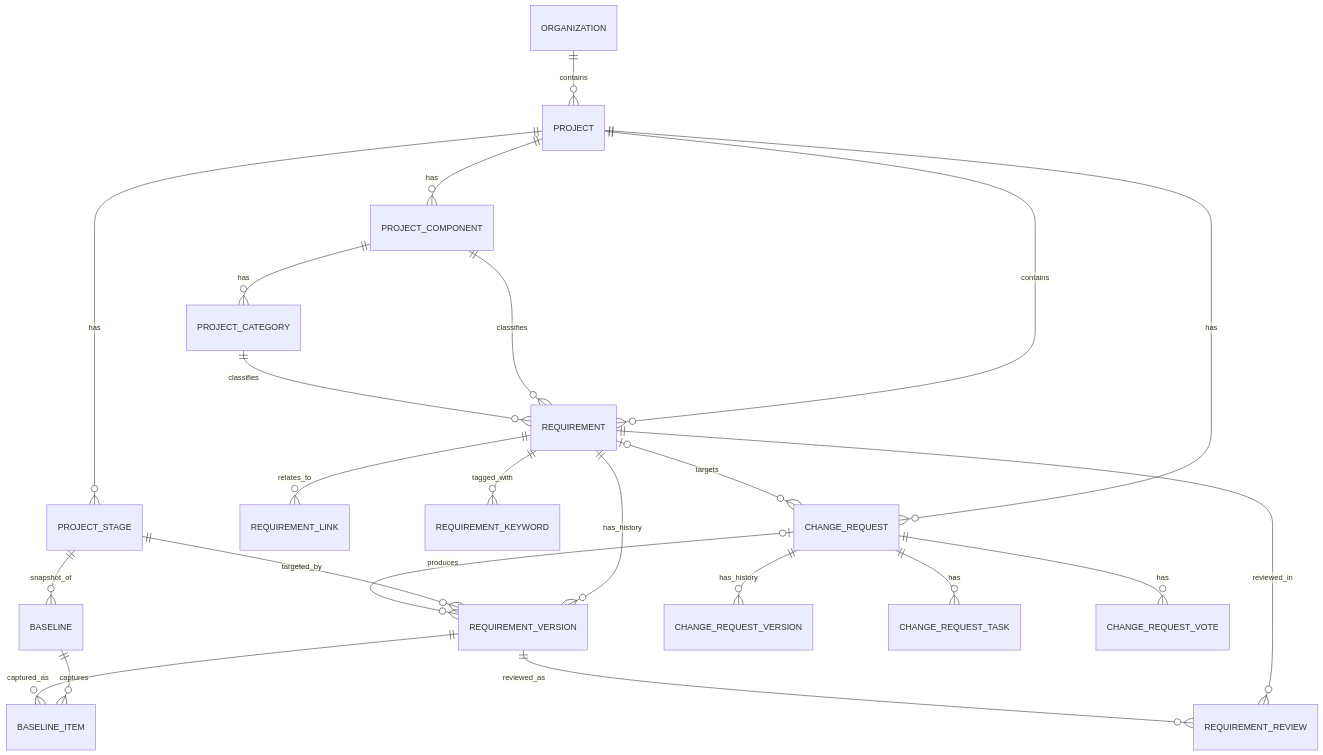
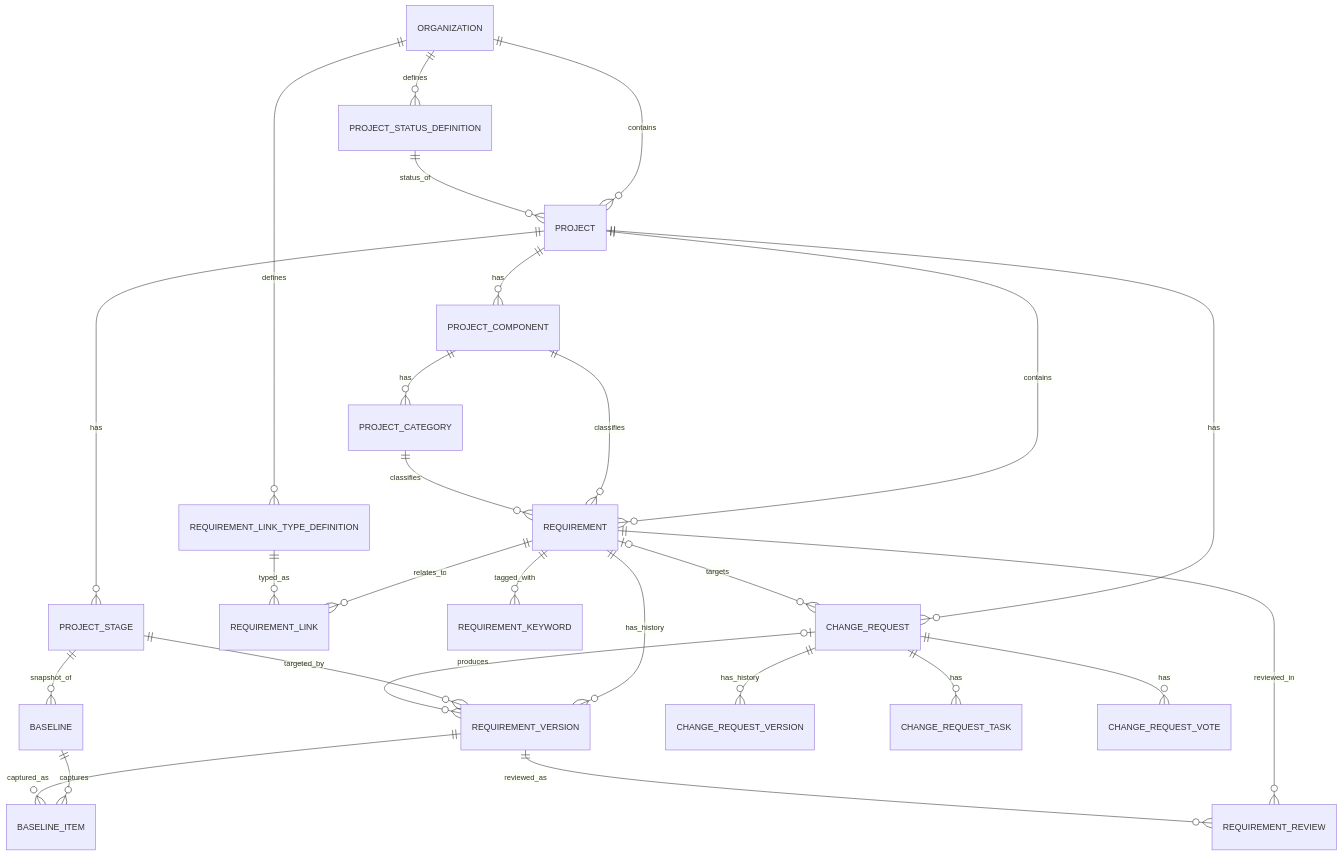
The fourth of 8 diagrams in docs/solution-architecture.md (ballardr/reqtrackmanager), drawn with Mermaid before and after one commit. The commit also changed other lines of this file and 74 other files, not shown here.

````diff
--- a/docs/solution-architecture.md
+++ b/docs/solution-architecture.md
@@ -271,25 +271,29 @@
 ```mermaid
 erDiagram
     ORGANIZATION ||--o{ PROJECT : contains
+    ORGANIZATION ||--o{ PROJECT_STATUS_DEFINITION : defines
+    PROJECT_STATUS_DEFINITION ||--o{ PROJECT : status_of
     PROJECT ||--o{ PROJECT_STAGE : has
     PROJECT ||--o{ PROJECT_COMPONENT : has
     PROJECT_COMPONENT ||--o{ PROJECT_CATEGORY : has
     PROJECT ||--o{ REQUIREMENT : contains
     PROJECT_COMPONENT ||--o{ REQUIREMENT : classifies
     PROJECT_CATEGORY ||--o{ REQUIREMENT : classifies
     REQUIREMENT ||--o{ REQUIREMENT_VERSION : has_history
     PROJECT_STAGE ||--o{ REQUIREMENT_VERSION : targeted_by
     REQUIREMENT ||--o{ REQUIREMENT_LINK : relates_to
+    ORGANIZATION ||--o{ REQUIREMENT_LINK_TYPE_DEFINITION : defines
+    REQUIREMENT_LINK_TYPE_DEFINITION ||--o{ REQUIREMENT_LINK : typed_as
     REQUIREMENT ||--o{ REQUIREMENT_KEYWORD : tagged_with
     REQUIREMENT ||--o{ REQUIREMENT_REVIEW : reviewed_in
     REQUIREMENT_VERSION ||--o{ REQUIREMENT_REVIEW : reviewed_as
     PROJECT_STAGE ||--o{ BASELINE : snapshot_of
     BASELINE ||--o{ BASELINE_ITEM : captures
     REQUIREMENT_VERSION ||--o{ BASELINE_ITEM : captured_as
     PROJECT ||--o{ CHANGE_REQUEST : has
     REQUIREMENT |o--o{ CHANGE_REQUEST : targets
     CHANGE_REQUEST ||--o{ CHANGE_REQUEST_VERSION : has_history
     CHANGE_REQUEST ||--o{ CHANGE_REQUEST_TASK : has
     CHANGE_REQUEST ||--o{ CHANGE_REQUEST_VOTE : has
     CHANGE_REQUEST |o--o{ REQUIREMENT_VERSION : produces
 ```
````
